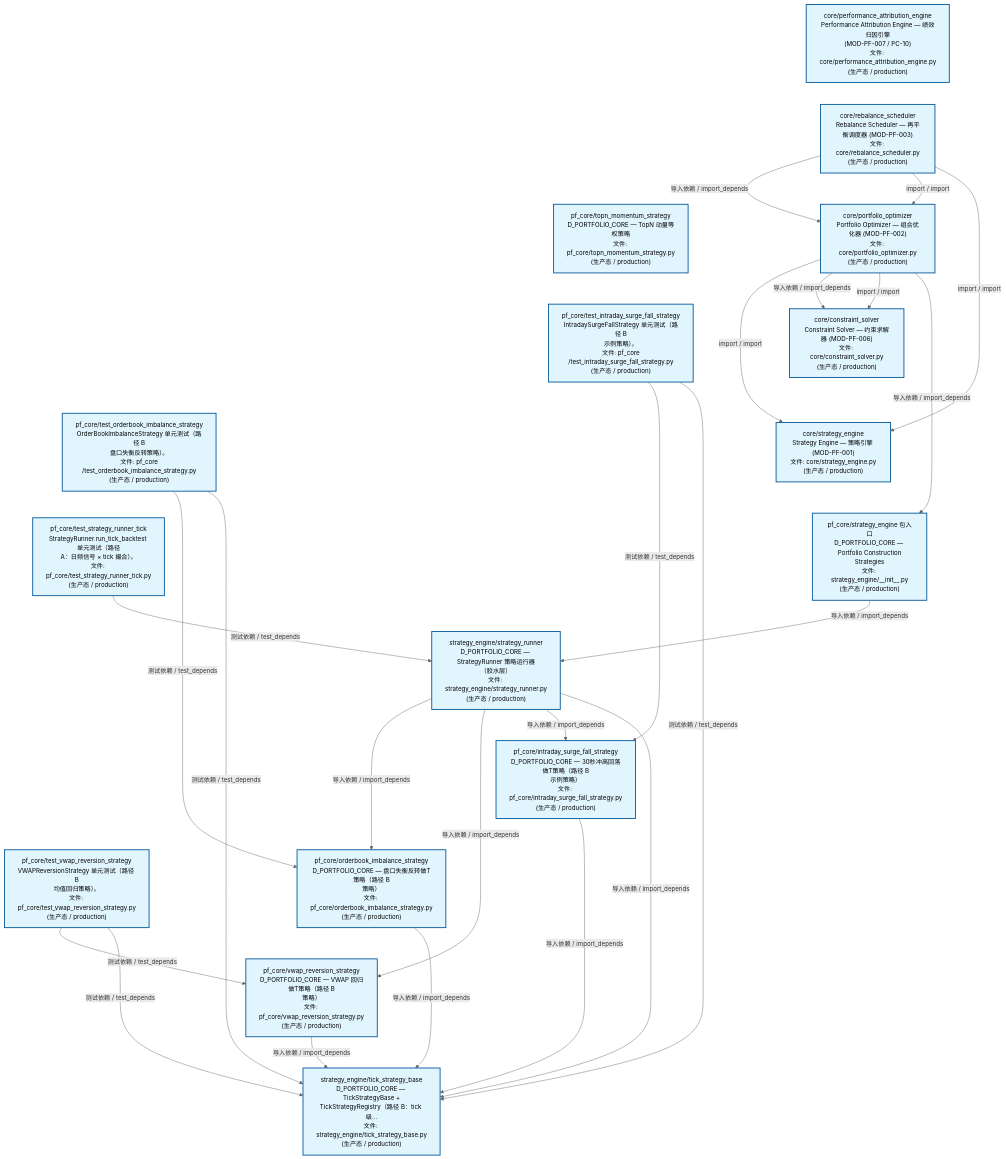
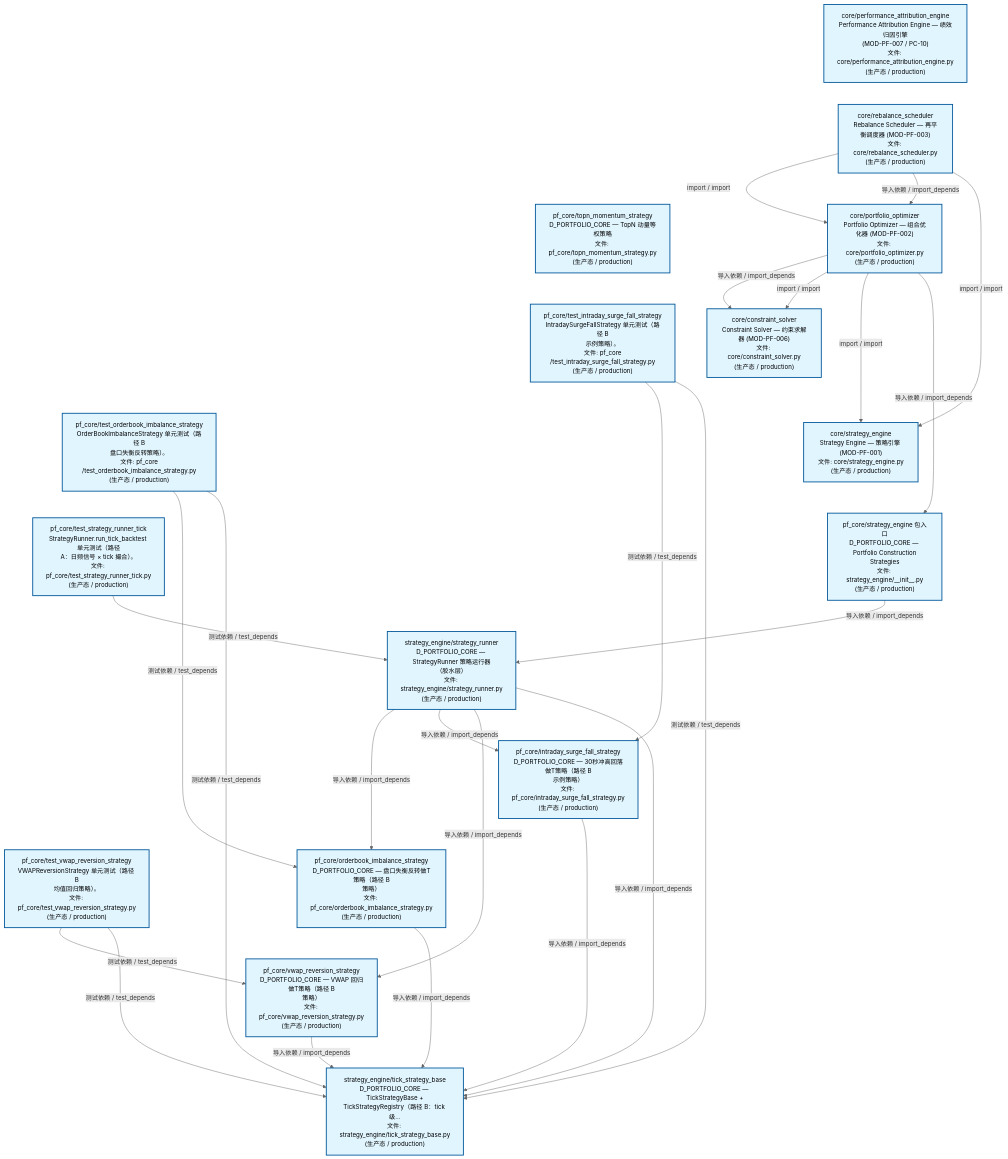
The second of 3 diagrams in docs/02_enterprise_architecture/02_domain_architecture_docs/63_d_pf_core.md (xuanFelixVan/ZephyrAlpha), drawn with Mermaid before and after one commit. The commit also changed other lines of this file and 47 other files, not shown here.

````diff
--- a/docs/02_enterprise_architecture/02_domain_architecture_docs/63_d_pf_core.md
+++ b/docs/02_enterprise_architecture/02_domain_architecture_docs/63_d_pf_core.md
@@ -139,57 +139,57 @@
 ```mermaid
 %%{init: {'theme': 'base', 'themeVariables': {'primaryColor': '#eaeaea', 'primaryTextColor': '#333333', 'primaryBorderColor': '#666666', 'lineColor': '#666666', 'secondaryColor': '#eaeaea', 'tertiaryColor': '#eaeaea', 'fontSize': '14px'}}}%%
 flowchart TD
     src_zephyr_pf_core_core_performance_attribution_engine_py["core/performance_attribution_engine<br/>Performance Attribution Engine — 绩效归因引擎<br/>(MOD-PF-007 / PC-10)<br/>文件: core/performance_attribution_engine.py<br/>(生产态 / production)"]
     src_zephyr_pf_core_core_rebalance_scheduler_py["core/rebalance_scheduler<br/>Rebalance Scheduler — 再平衡调度器 (MOD-PF-003)<br/>文件: core/rebalance_scheduler.py<br/>(生产态 / production)"]
     src_zephyr_pf_core_topn_momentum_strategy_py["pf_core/topn_momentum_strategy<br/>D_PORTFOLIO_CORE — TopN 动量等权策略<br/>文件: pf_core/topn_momentum_strategy.py<br/>(生产态 / production)"]
     tests_pf_core_test_intraday_surge_fall_strategy_py["pf_core/test_intraday_surge_fall_strategy<br/>IntradaySurgeFallStrategy 单元测试（路径 B<br/>示例策略）。<br/>文件: pf_core<br/>/test_intraday_surge_fall_strategy.py<br/>(生产态 / production)"]
     tests_pf_core_test_orderbook_imbalance_strategy_py["pf_core/test_orderbook_imbalance_strategy<br/>OrderBookImbalanceStrategy 单元测试（路径 B<br/>盘口失衡反转策略）。<br/>文件: pf_core<br/>/test_orderbook_imbalance_strategy.py<br/>(生产态 / production)"]
     tests_pf_core_test_strategy_runner_tick_py["pf_core/test_strategy_runner_tick<br/>StrategyRunner.run_tick_backtest 单元测试（路径<br/>A：日频信号 × tick 撮合）。<br/>文件: pf_core/test_strategy_runner_tick.py<br/>(生产态 / production)"]
     tests_pf_core_test_vwap_reversion_strategy_py["pf_core/test_vwap_reversion_strategy<br/>VWAPReversionStrategy 单元测试（路径 B<br/>均值回归策略）。<br/>文件: pf_core/test_vwap_reversion_strategy.py<br/>(生产态 / production)"]
     src_zephyr_pf_core_core_performance_attribution_engine_py ~~~ src_zephyr_pf_core_core_rebalance_scheduler_py
     src_zephyr_pf_core_core_rebalance_scheduler_py ~~~ src_zephyr_pf_core_topn_momentum_strategy_py
     src_zephyr_pf_core_topn_momentum_strategy_py ~~~ tests_pf_core_test_intraday_surge_fall_strategy_py
     tests_pf_core_test_intraday_surge_fall_strategy_py ~~~ tests_pf_core_test_orderbook_imbalance_strategy_py
     tests_pf_core_test_orderbook_imbalance_strategy_py ~~~ tests_pf_core_test_strategy_runner_tick_py
     tests_pf_core_test_strategy_runner_tick_py ~~~ tests_pf_core_test_vwap_reversion_strategy_py
     src_zephyr_pf_core_core_portfolio_optimizer_py["core/portfolio_optimizer<br/>Portfolio Optimizer — 组合优化器 (MOD-PF-002)<br/>文件: core/portfolio_optimizer.py<br/>(生产态 / production)"]
     src_zephyr_pf_core_core_constraint_solver_py["core/constraint_solver<br/>Constraint Solver — 约束求解器 (MOD-PF-006)<br/>文件: core/constraint_solver.py<br/>(生产态 / production)"]
     src_zephyr_pf_core_core_strategy_engine_py["core/strategy_engine<br/>Strategy Engine — 策略引擎 (MOD-PF-001)<br/>文件: core/strategy_engine.py<br/>(生产态 / production)"]
     src_zephyr_pf_core_strategy_engine_init_py["pf_core/strategy_engine 包入口<br/>D_PORTFOLIO_CORE — Portfolio Construction<br/>Strategies<br/>文件: strategy_engine/__init__.py<br/>(生产态 / production)"]
     src_zephyr_pf_core_core_constraint_solver_py ~~~ src_zephyr_pf_core_core_strategy_engine_py
     src_zephyr_pf_core_core_strategy_engine_py ~~~ src_zephyr_pf_core_strategy_engine_init_py
     src_zephyr_pf_core_strategy_engine_strategy_runner_py["strategy_engine/strategy_runner<br/>D_PORTFOLIO_CORE — StrategyRunner 策略运行器<br/>（胶水层）<br/>文件: strategy_engine/strategy_runner.py<br/>(生产态 / production)"]
     src_zephyr_pf_core_intraday_surge_fall_strategy_py["pf_core/intraday_surge_fall_strategy<br/>D_PORTFOLIO_CORE — 30秒冲高回落做T策略（路径 B<br/>示例策略）<br/>文件: pf_core/intraday_surge_fall_strategy.py<br/>(生产态 / production)"]
     src_zephyr_pf_core_orderbook_imbalance_strategy_py["pf_core/orderbook_imbalance_strategy<br/>D_PORTFOLIO_CORE — 盘口失衡反转做T策略（路径 B<br/>策略）<br/>文件: pf_core/orderbook_imbalance_strategy.py<br/>(生产态 / production)"]
     src_zephyr_pf_core_vwap_reversion_strategy_py["pf_core/vwap_reversion_strategy<br/>D_PORTFOLIO_CORE — VWAP 回归做T策略（路径 B<br/>策略）<br/>文件: pf_core/vwap_reversion_strategy.py<br/>(生产态 / production)"]
     src_zephyr_pf_core_intraday_surge_fall_strategy_py ~~~ src_zephyr_pf_core_orderbook_imbalance_strategy_py
     src_zephyr_pf_core_orderbook_imbalance_strategy_py ~~~ src_zephyr_pf_core_vwap_reversion_strategy_py
     src_zephyr_pf_core_strategy_engine_tick_strategy_base_py["strategy_engine/tick_strategy_base<br/>D_PORTFOLIO_CORE — TickStrategyBase +<br/>TickStrategyRegistry（路径 B：tick 级...<br/>文件: strategy_engine/tick_strategy_base.py<br/>(生产态 / production)"]
     src_zephyr_pf_core_orderbook_imbalance_strategy_py -->|导入依赖 / import_depends| src_zephyr_pf_core_strategy_engine_tick_strategy_base_py
+    src_zephyr_pf_core_intraday_surge_fall_strategy_py -->|导入依赖 / import_depends| src_zephyr_pf_core_strategy_engine_tick_strategy_base_py
     src_zephyr_pf_core_vwap_reversion_strategy_py -->|导入依赖 / import_depends| src_zephyr_pf_core_strategy_engine_tick_strategy_base_py
-    src_zephyr_pf_core_intraday_surge_fall_strategy_py -->|导入依赖 / import_depends| src_zephyr_pf_core_strategy_engine_tick_strategy_base_py
-    src_zephyr_pf_core_core_portfolio_optimizer_py -->|import / import| src_zephyr_pf_core_core_strategy_engine_py
     src_zephyr_pf_core_core_portfolio_optimizer_py -->|导入依赖 / import_depends| src_zephyr_pf_core_core_constraint_solver_py
     src_zephyr_pf_core_core_portfolio_optimizer_py -->|import / import| src_zephyr_pf_core_core_constraint_solver_py
+    src_zephyr_pf_core_core_portfolio_optimizer_py -->|import / import| src_zephyr_pf_core_core_strategy_engine_py
     src_zephyr_pf_core_core_portfolio_optimizer_py -->|导入依赖 / import_depends| src_zephyr_pf_core_strategy_engine_init_py
+    src_zephyr_pf_core_core_rebalance_scheduler_py -->|import / import| src_zephyr_pf_core_core_portfolio_optimizer_py
     src_zephyr_pf_core_core_rebalance_scheduler_py -->|导入依赖 / import_depends| src_zephyr_pf_core_core_portfolio_optimizer_py
-    src_zephyr_pf_core_core_rebalance_scheduler_py -->|import / import| src_zephyr_pf_core_core_portfolio_optimizer_py
     src_zephyr_pf_core_core_rebalance_scheduler_py -->|import / import| src_zephyr_pf_core_core_strategy_engine_py
+    src_zephyr_pf_core_strategy_engine_init_py -->|导入依赖 / import_depends| src_zephyr_pf_core_strategy_engine_strategy_runner_py
     src_zephyr_pf_core_strategy_engine_strategy_runner_py -->|导入依赖 / import_depends| src_zephyr_pf_core_orderbook_imbalance_strategy_py
+    src_zephyr_pf_core_strategy_engine_strategy_runner_py -->|导入依赖 / import_depends| src_zephyr_pf_core_intraday_surge_fall_strategy_py
     src_zephyr_pf_core_strategy_engine_strategy_runner_py -->|导入依赖 / import_depends| src_zephyr_pf_core_vwap_reversion_strategy_py
-    src_zephyr_pf_core_strategy_engine_strategy_runner_py -->|导入依赖 / import_depends| src_zephyr_pf_core_intraday_surge_fall_strategy_py
     src_zephyr_pf_core_strategy_engine_strategy_runner_py -->|导入依赖 / import_depends| src_zephyr_pf_core_strategy_engine_tick_strategy_base_py
-    src_zephyr_pf_core_strategy_engine_init_py -->|导入依赖 / import_depends| src_zephyr_pf_core_strategy_engine_strategy_runner_py
     tests_pf_core_test_intraday_surge_fall_strategy_py -->|测试依赖 / test_depends| src_zephyr_pf_core_intraday_surge_fall_strategy_py
     tests_pf_core_test_intraday_surge_fall_strategy_py -->|测试依赖 / test_depends| src_zephyr_pf_core_strategy_engine_tick_strategy_base_py
+    tests_pf_core_test_strategy_runner_tick_py -->|测试依赖 / test_depends| src_zephyr_pf_core_strategy_engine_strategy_runner_py
     tests_pf_core_test_orderbook_imbalance_strategy_py -->|测试依赖 / test_depends| src_zephyr_pf_core_orderbook_imbalance_strategy_py
     tests_pf_core_test_orderbook_imbalance_strategy_py -->|测试依赖 / test_depends| src_zephyr_pf_core_strategy_engine_tick_strategy_base_py
-    tests_pf_core_test_strategy_runner_tick_py -->|测试依赖 / test_depends| src_zephyr_pf_core_strategy_engine_strategy_runner_py
     tests_pf_core_test_vwap_reversion_strategy_py -->|测试依赖 / test_depends| src_zephyr_pf_core_vwap_reversion_strategy_py
     tests_pf_core_test_vwap_reversion_strategy_py -->|测试依赖 / test_depends| src_zephyr_pf_core_strategy_engine_tick_strategy_base_py
     classDef production fill:#e1f5fe,stroke:#01579b,stroke-width:2px,color:#000
     classDef design fill:#fff3e0,stroke:#e65100,stroke-width:2px,color:#000,stroke-dasharray: 5 5
     classDef external_prod fill:#e8f4fd,stroke:#0277bd,stroke-width:1px,color:#000
     classDef external_design fill:#fff8e7,stroke:#ef6c00,stroke-width:1px,color:#000,stroke-dasharray: 5 5
     class src_zephyr_pf_core_core_constraint_solver_py,src_zephyr_pf_core_core_performance_attribution_engine_py,src_zephyr_pf_core_core_portfolio_optimizer_py,src_zephyr_pf_core_core_rebalance_scheduler_py,src_zephyr_pf_core_core_strategy_engine_py,src_zephyr_pf_core_intraday_surge_fall_strategy_py,src_zephyr_pf_core_orderbook_imbalance_strategy_py,src_zephyr_pf_core_strategy_engine_init_py,src_zephyr_pf_core_strategy_engine_strategy_runner_py,src_zephyr_pf_core_strategy_engine_tick_strategy_base_py,src_zephyr_pf_core_topn_momentum_strategy_py,src_zephyr_pf_core_vwap_reversion_strategy_py,tests_pf_core_test_intraday_surge_fall_strategy_py,tests_pf_core_test_orderbook_imbalance_strategy_py,tests_pf_core_test_strategy_runner_tick_py,tests_pf_core_test_vwap_reversion_strategy_py production
 ```
````
